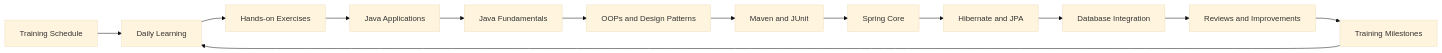
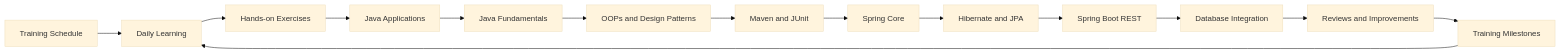
One commit to KishoreMuruganantham/hexaware-training-journal changed the diagram in README.md. Above: the diagram before and after it, drawn with Mermaid (base theme). The commit also changed other lines of this file and 1 other file, not shown here.

Commit message:
Update journal for Spring Boot backend training

````diff
--- a/README.md
+++ b/README.md
@@ -7,15 +7,16 @@
 ```mermaid
 flowchart LR
     A[Training Schedule] --> B[Daily Learning]
     B --> C[Hands-on Exercises]
     C --> D[Java Applications]
     D --> H[Java Fundamentals]
     H --> I[OOPs and Design Patterns]
     I --> J[Maven and JUnit]
     J --> K[Spring Core]
     K --> L[Hibernate and JPA]
-    L --> E[Database Integration]
+    L --> M[Spring Boot REST]
+    M --> E[Database Integration]
     E --> F[Reviews and Improvements]
     F --> G[Training Milestones]
     G --> B
 ```
````
